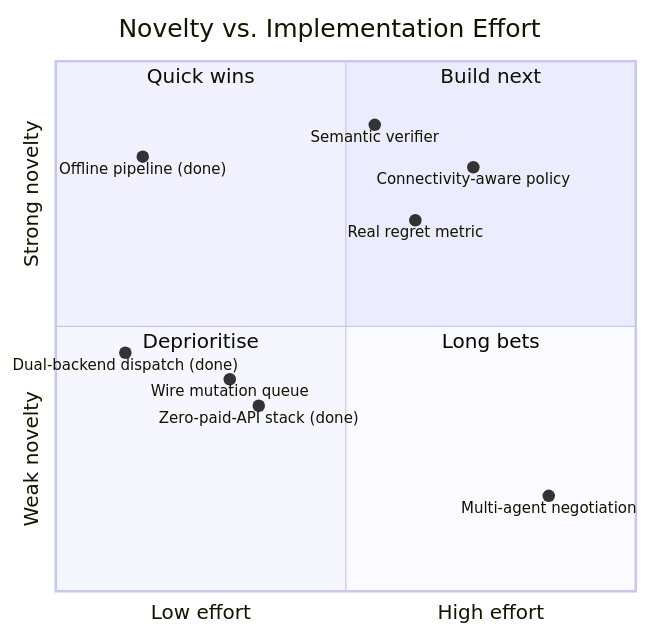
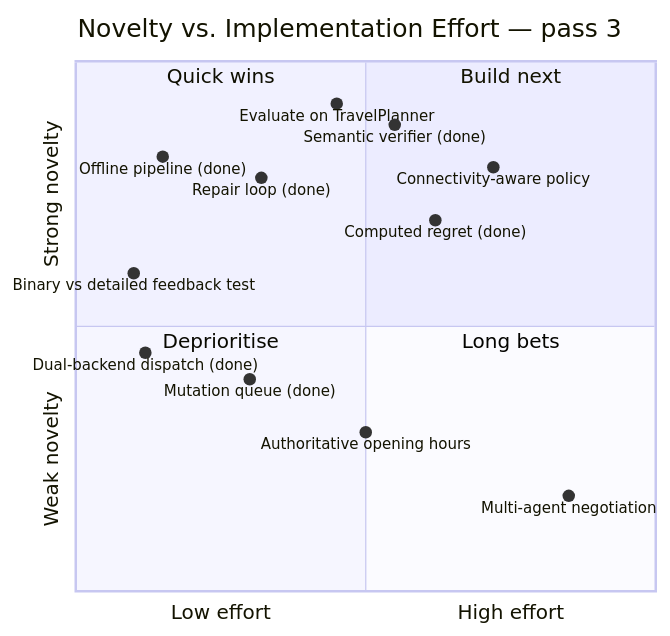
The fourth of 5 diagrams in docs/RESEARCH.md (HarshTambade/Radiator-Routes), drawn with Mermaid before and after one commit. The commit also changed other lines of this file and 3 other files, not shown here.

````diff
--- a/docs/RESEARCH.md
+++ b/docs/RESEARCH.md
@@ -516,18 +678,21 @@
 ```mermaid
 quadrantChart
-    title Novelty vs. Implementation Effort
+    title Novelty vs. Implementation Effort — pass 3
     x-axis "Low effort" --> "High effort"
     y-axis "Weak novelty" --> "Strong novelty"
     quadrant-1 "Build next"
     quadrant-2 "Quick wins"
     quadrant-3 "Deprioritise"
     quadrant-4 "Long bets"
     "Offline pipeline (done)": [0.15, 0.82]
-    "Wire mutation queue": [0.3, 0.4]
-    "Semantic verifier": [0.55, 0.88]
-    "Real regret metric": [0.62, 0.7]
+    "Mutation queue (done)": [0.3, 0.4]
+    "Semantic verifier (done)": [0.55, 0.88]
+    "Computed regret (done)": [0.62, 0.7]
+    "Repair loop (done)": [0.32, 0.78]
+    "Binary vs detailed feedback test": [0.1, 0.6]
+    "Evaluate on TravelPlanner": [0.45, 0.92]
     "Connectivity-aware policy": [0.72, 0.8]
+    "Authoritative opening hours": [0.5, 0.3]
     "Dual-backend dispatch (done)": [0.12, 0.45]
-    "Zero-paid-API stack (done)": [0.35, 0.35]
     "Multi-agent negotiation": [0.85, 0.18]
 ```
````
